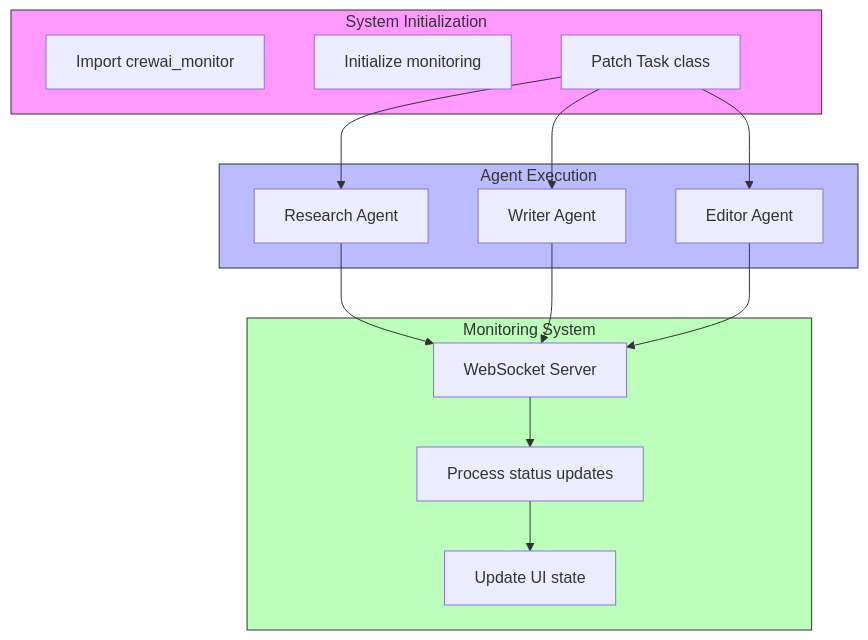
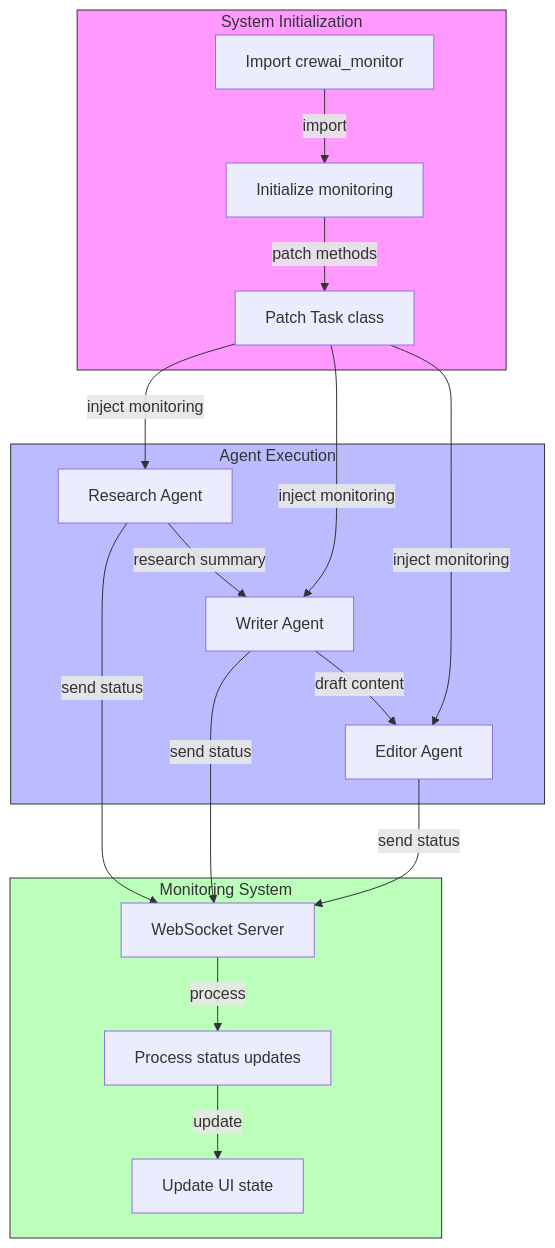
Before and after one commit to padak/crewai_demo: the first of 2 diagrams in docs/monitoring_architecture.md, drawn with Mermaid.

````diff
--- a/docs/monitoring_architecture.md
+++ b/docs/monitoring_architecture.md
@@ -17,36 +17,42 @@
 ```mermaid
 flowchart TB
 
 subgraph SystemInitialization["System Initialization"]
     SI1["Import crewai_monitor"]
     SI2["Initialize monitoring"]
     SI3["Patch Task class"]
+    
+    SI1 --> |"import"| SI2
+    SI2 --> |"patch methods"| SI3
 end
 
 subgraph AgentExecution["Agent Execution"]
     AE1["Research Agent"]
     AE2["Writer Agent"]
     AE3["Editor Agent"]
+    
+    AE1 --> |"research summary"| AE2
+    AE2 --> |"draft content"| AE3
 end
 
 subgraph MonitoringSystem["Monitoring System"]
     MS1["WebSocket Server"]
     MS2["Process status updates"]
     MS3["Update UI state"]
 end
 
-SI3 --> AE1
-SI3 --> AE2
-SI3 --> AE3
+SI3 --> |"inject monitoring"| AE1
+SI3 --> |"inject monitoring"| AE2
+SI3 --> |"inject monitoring"| AE3
 
-AE1 --> MS1
-AE2 --> MS1
-AE3 --> MS1
+AE1 --> |"send status"| MS1
+AE2 --> |"send status"| MS1
+AE3 --> |"send status"| MS1
 
-MS1 --> MS2
-MS2 --> MS3
+MS1 --> |"process"| MS2
+MS2 --> |"update"| MS3
 
 style SystemInitialization fill:#f9f,stroke:#333
 style AgentExecution fill:#bbf,stroke:#333
 style MonitoringSystem fill:#bfb,stroke:#333
 ```
````
